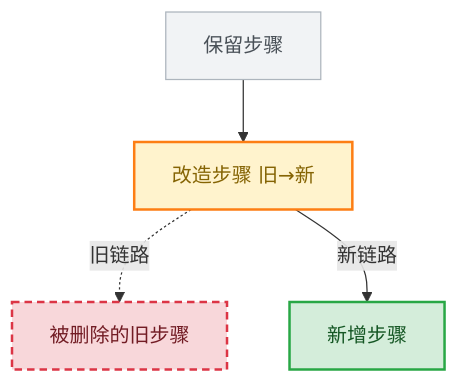
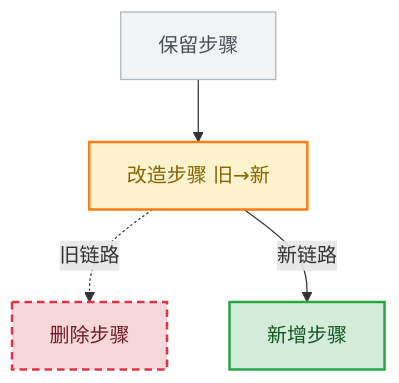
Before and after one commit to zyf3313/fstar-trellis-ext: the second of 4 diagrams in spec/templates/technical-design.zh-CN.md, drawn with Mermaid. The commit also changed other lines of this file and 53 other files, not shown here.

````diff
--- a/spec/templates/technical-design.zh-CN.md
+++ b/spec/templates/technical-design.zh-CN.md
@@ -28,10 +41,10 @@
 ```mermaid
 flowchart TD
     A[保留步骤]:::keep --> B[改造步骤 旧→新]:::mod
-    B -.->|旧链路| C[被删除的旧步骤]:::del
+    B -.->|旧链路| C[删除步骤]:::del
     B -->|新链路| D[新增步骤]:::add
     classDef add fill:#d4edda,stroke:#28a745,stroke-width:2px,color:#155724
     classDef del fill:#f8d7da,stroke:#dc3545,stroke-width:2px,stroke-dasharray:6 4,color:#721c24
     classDef mod fill:#fff3cd,stroke:#fd7e14,stroke-width:2px,color:#856404
     classDef keep fill:#f1f3f5,stroke:#adb5bd,stroke-width:1px,color:#495057
 ```
````
